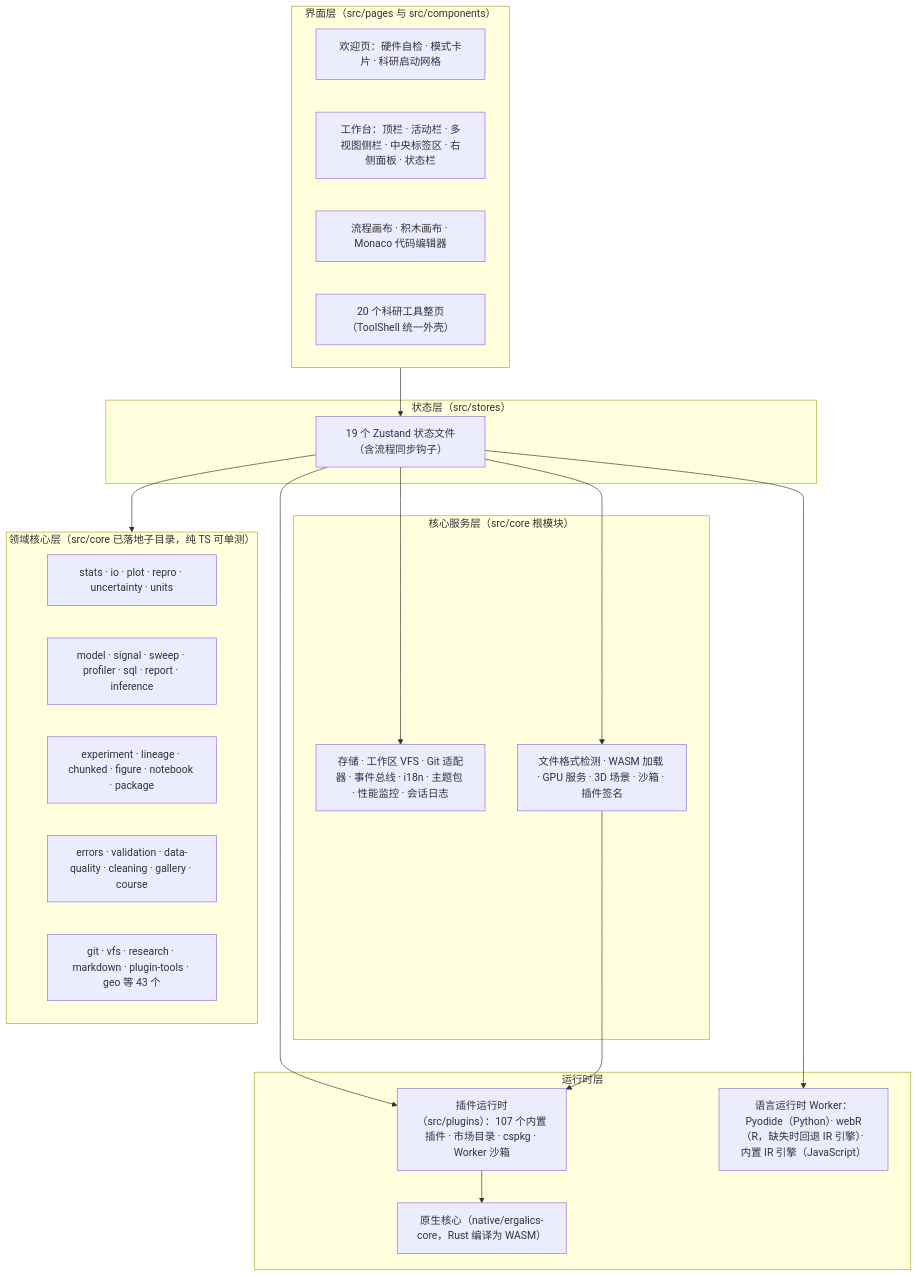
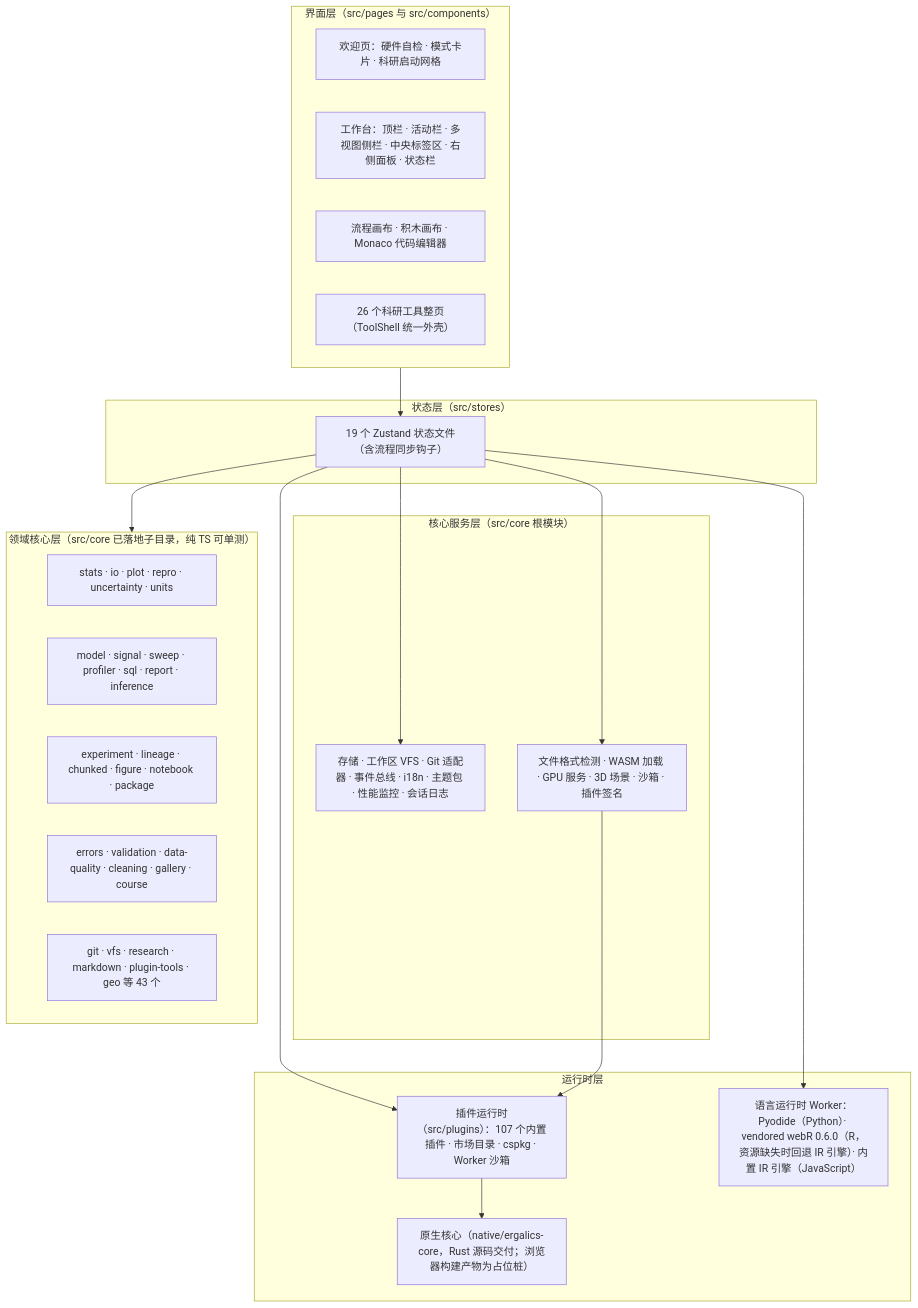
The first of 3 diagrams in docs/technical/02-系统架构.md (SnowLeopard-io/ErgalicsStudio), drawn with Mermaid before and after one commit. The commit also changed other lines of this file and 36 other files, not shown here.

````diff
--- a/docs/technical/02-系统架构.md
+++ b/docs/technical/02-系统架构.md
@@ -9,36 +9,36 @@
 ```mermaid
 flowchart TB
     subgraph L1["界面层（src/pages 与 src/components）"]
         A1["欢迎页：硬件自检 · 模式卡片 · 科研启动网格"]
         A2["工作台：顶栏 · 活动栏 · 多视图侧栏 · 中央标签区 · 右侧面板 · 状态栏"]
         A3["流程画布 · 积木画布 · Monaco 代码编辑器"]
-        A4["20 个科研工具整页（ToolShell 统一外壳）"]
+        A4["26 个科研工具整页（ToolShell 统一外壳）"]
     end
     subgraph L2["状态层（src/stores）"]
         B1["19 个 Zustand 状态文件（含流程同步钩子）"]
     end
     subgraph L3["核心服务层（src/core 根模块）"]
         C1["存储 · 工作区 VFS · Git 适配器 · 事件总线 · i18n · 主题包 · 性能监控 · 会话日志"]
         C2["文件格式检测 · WASM 加载 · GPU 服务 · 3D 场景 · 沙箱 · 插件签名"]
     end
     subgraph L35["领域核心层（src/core 已落地子目录，纯 TS 可单测）"]
         E1["stats · io · plot · repro · uncertainty · units"]
         E2["model · signal · sweep · profiler · sql · report · inference"]
         E3["experiment · lineage · chunked · figure · notebook · package"]
         E4["errors · validation · data-quality · cleaning · gallery · course"]
         E5["git · vfs · research · markdown · plugin-tools · geo 等 43 个"]
     end
     subgraph L4["运行时层"]
         D1["插件运行时（src/plugins）：107 个内置插件 · 市场目录 · cspkg · Worker 沙箱"]
-        D2["原生核心（native/ergalics-core，Rust 编译为 WASM）"]
-        D3["语言运行时 Worker：Pyodide（Python）· webR（R，缺失时回退 IR 引擎）· 内置 IR 引擎（JavaScript）"]
+        D2["原生核心（native/ergalics-core，Rust 源码交付；浏览器构建产物为占位桩）"]
+        D3["语言运行时 Worker：Pyodide（Python）· vendored webR 0.6.0（R，资源缺失时回退 IR 引擎）· 内置 IR 引擎（JavaScript）"]
     end
     L1 --> B1
     B1 --> C1
     B1 --> C2
     B1 --> L35
     B1 --> D1
     C2 --> D1
     D1 --> D2
     B1 --> D3
 ```
````
